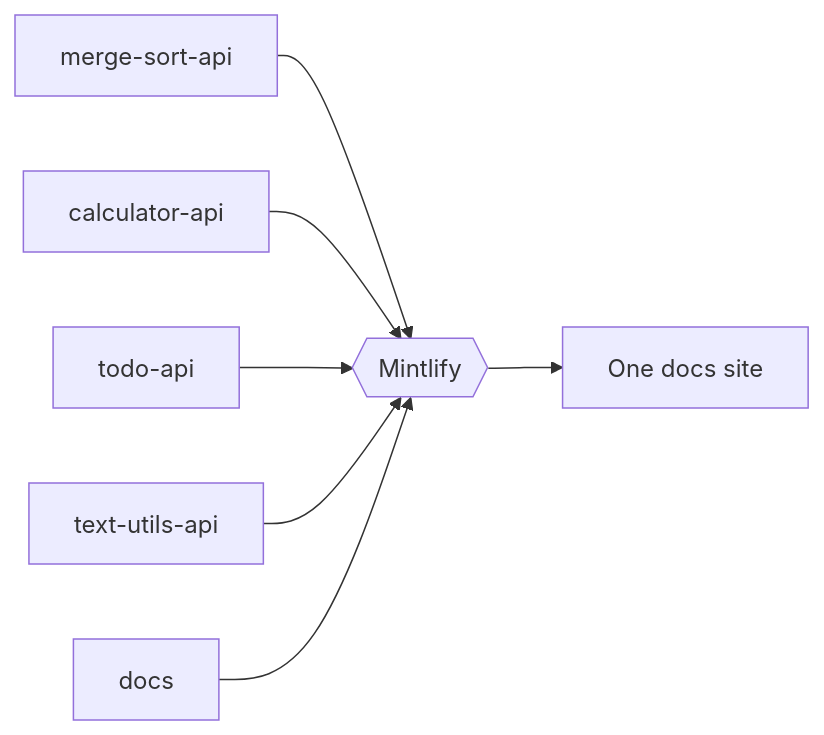
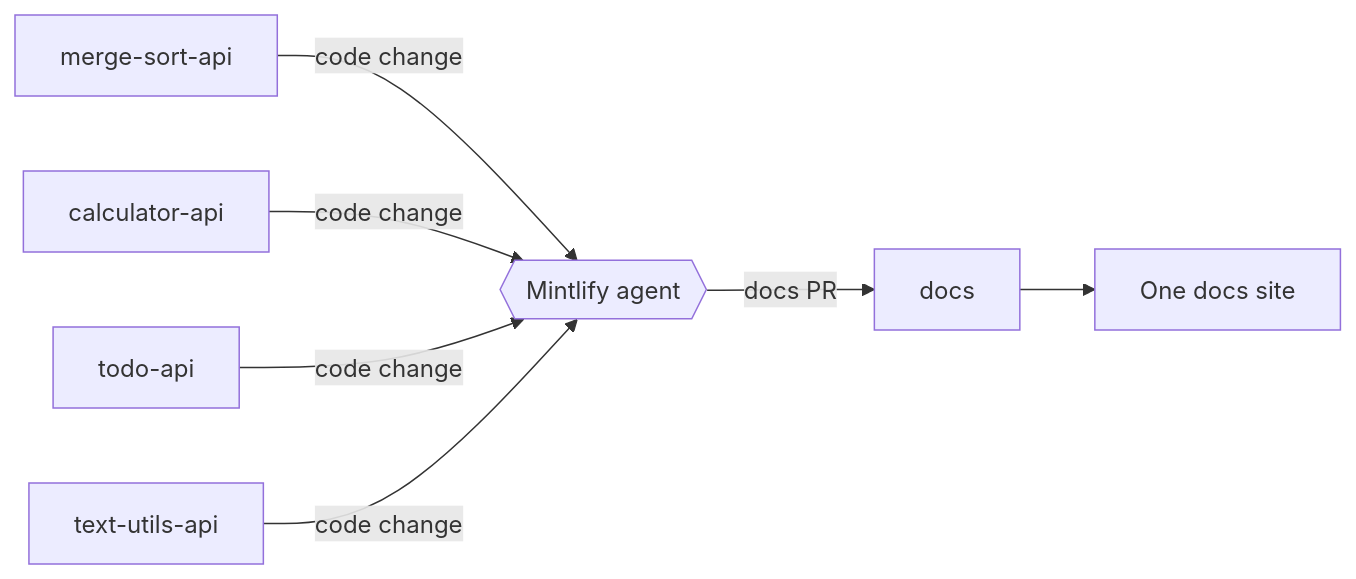
Before and after one commit to mintlify-demo/docs: the diagram in quickstart.mdx, drawn with Mermaid. The commit also changed other lines of this file and 58 other files, not shown here.

````diff
--- a/quickstart.mdx
+++ b/quickstart.mdx
@@ -108,9 +108,9 @@
 ```mermaid
 flowchart LR
-    A[merge-sort-api] --> M{{Mintlify}}
-    B[calculator-api] --> M
-    C[todo-api] --> M
-    D[text-utils-api] --> M
-    E[docs] --> M
-    M --> S[One docs site]
+    A[merge-sort-api] -- code change --> M{{Mintlify agent}}
+    B[calculator-api] -- code change --> M
+    C[todo-api] -- code change --> M
+    D[text-utils-api] -- code change --> M
+    M -- docs PR --> E[docs]
+    E --> S[One docs site]
 ```
````
